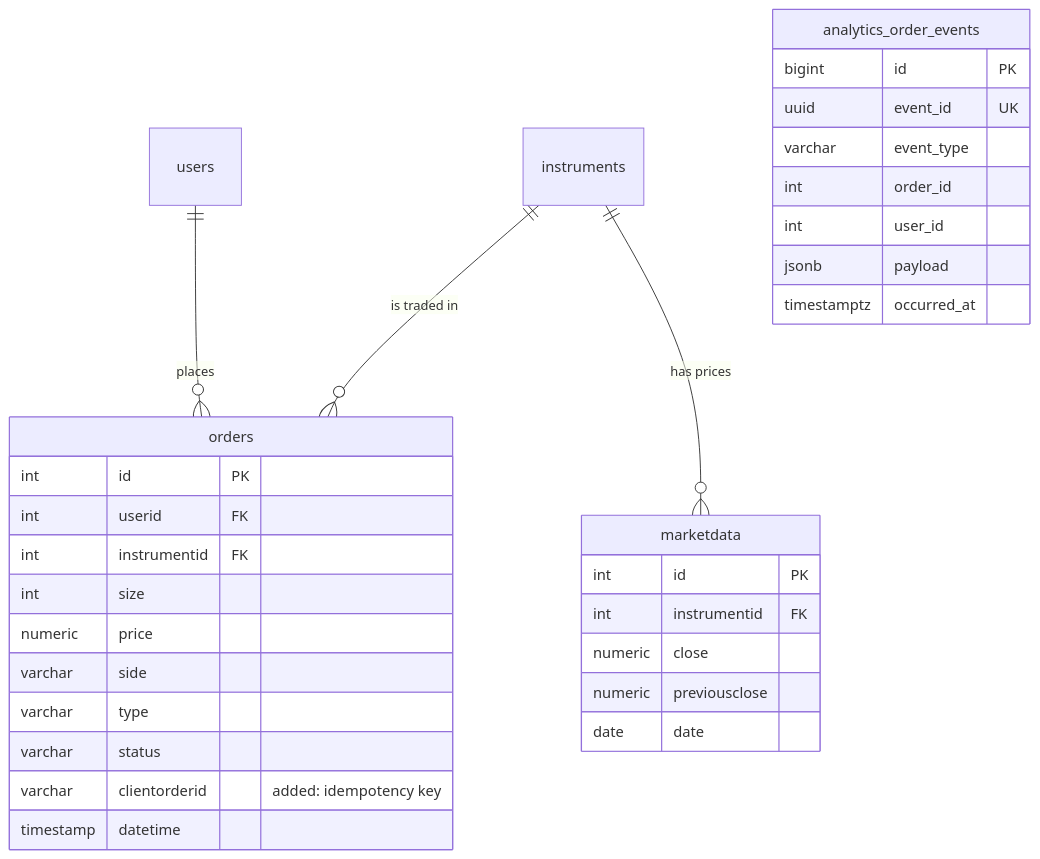
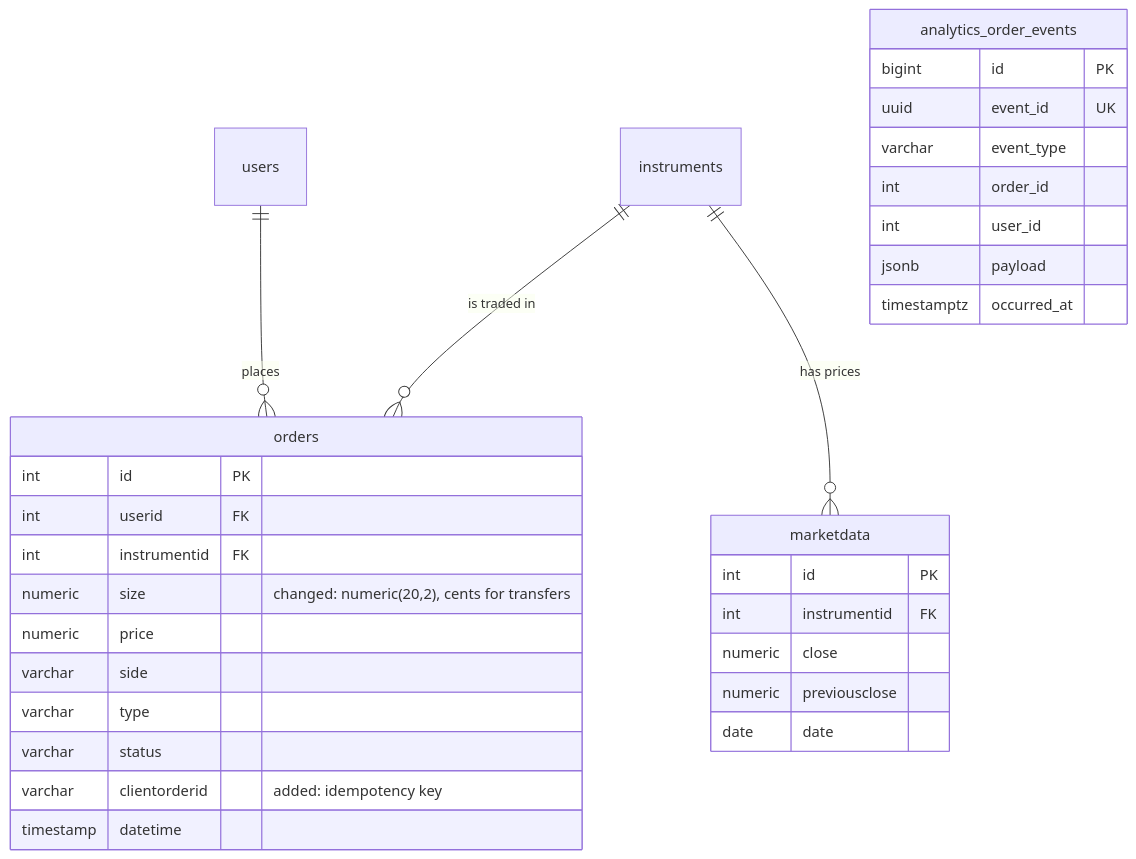
Before and after one commit to Samuel0023/cocos-challenge: the diagram in docs/decisions.md, drawn with Mermaid. The commit also changed other lines of this file and 29 other files, not shown here.

First line of the commit message:
feat(orders): keep cents in cash transfers

````diff
--- a/docs/decisions.md
+++ b/docs/decisions.md
@@ -45,34 +45,34 @@
 ```mermaid
 erDiagram
   users ||--o{ orders : places
   instruments ||--o{ orders : "is traded in"
   instruments ||--o{ marketdata : "has prices"
   orders {
     int id PK
     int userid FK
     int instrumentid FK
-    int size
+    numeric size "changed: numeric(20,2), cents for transfers"
     numeric price
     varchar side
     varchar type
     varchar status
     varchar clientorderid "added: idempotency key"
     timestamp datetime
   }
   marketdata {
     int id PK
     int instrumentid FK
     numeric close
     numeric previousclose
     date date
   }
   analytics_order_events {
     bigint id PK
     uuid event_id UK
     varchar event_type
     int order_id
     int user_id
     jsonb payload
     timestamptz occurred_at
   }
 ```
````
